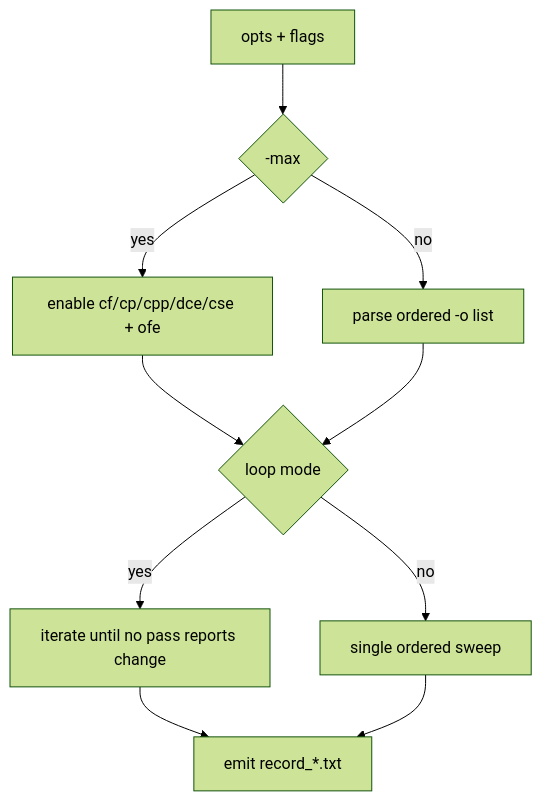
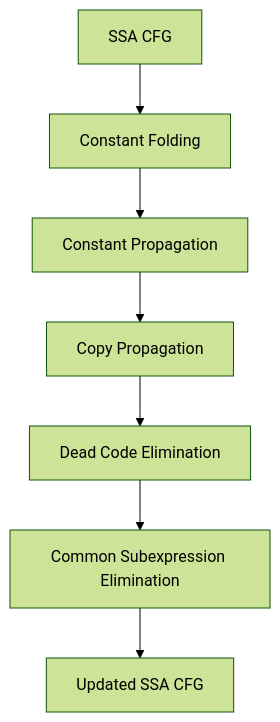
The diagram in docs/optimizations/passes.md (NitishM2022/MochaCompiler), drawn with Mermaid (forest theme) before and after one commit. The commit also changed other lines of this file and 468 other files, not shown here.

````diff
--- a/docs/optimizations/passes.md
+++ b/docs/optimizations/passes.md
@@ -16,12 +7,9 @@
 ```mermaid
 flowchart TD
-    A["opts + flags"] --> B{"-max"}
-    B -- yes --> C["enable cf/cp/cpp/dce/cse + ofe"]
-    B -- no --> D["parse ordered -o list"]
-    C --> E{"loop mode"}
-    D --> E
-    E -- yes --> F["iterate until no pass reports change"]
-    E -- no --> G["single ordered sweep"]
-    F --> H["emit record_*.txt"]
-    G --> H
+    A["SSA CFG"] --> B["Constant Folding"]
+    B --> C["Constant Propagation"]
+    C --> D["Copy Propagation"]
+    D --> E["Dead Code Elimination"]
+    E --> F["Common Subexpression Elimination"]
+    F --> G["Updated SSA CFG"]
 ```
````
